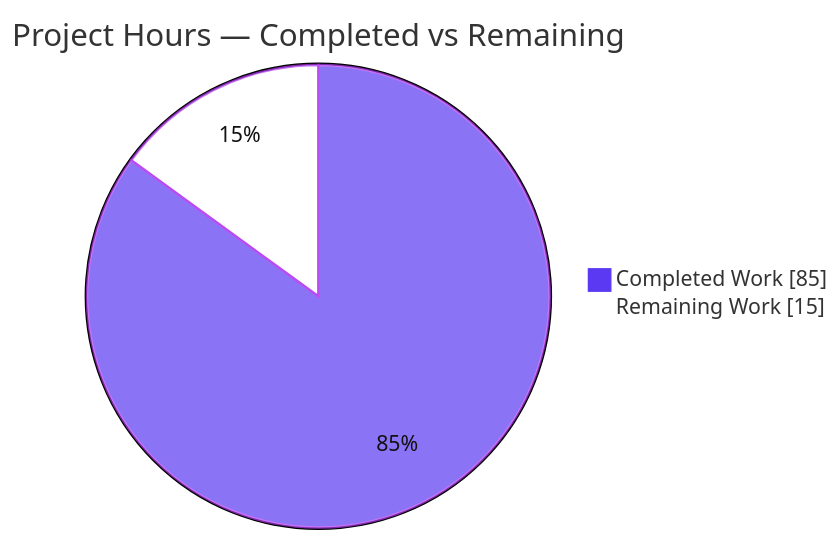
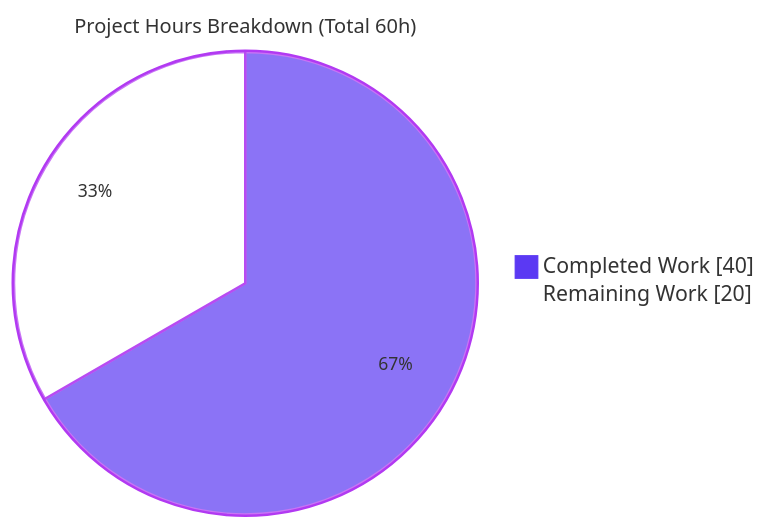
Before and after one commit to blitzy-public-samples/blitzy-WebVella-ERP: the second of 3 diagrams in blitzy/documentation/Project Guide.md, drawn with Mermaid. The commit also changed other lines of this file, not shown here.

Commit message:
Adding Blitzy Project Guide: Project Status and Human Tasks Remaining

````diff
--- a/blitzy/documentation/Project Guide.md
+++ b/blitzy/documentation/Project Guide.md
@@ -216,6 +181,7 @@
 ```mermaid
-%%{init: {'theme':'base', 'themeVariables':{'pie1':'#5B39F3','pie2':'#FFFFFF','pieStrokeColor':'#B23AF2','pieStrokeWidth':'2px','pieOuterStrokeWidth':'2px','pieSectionTextColor':'#111111'}}}%%
-pie showData title Project Hours — Completed vs Remaining
-    "Completed Work" : 85
-    "Remaining Work" : 15
+%%{init: {'theme':'base','themeVariables':{'pie1':'#5B39F3','pie2':'#FFFFFF','pieStrokeColor':'#B23AF2','pieStrokeWidth':'2px','pieOuterStrokeColor':'#B23AF2','pieOuterStrokeWidth':'2px','pieTitleTextSize':'16px','pieSectionTextSize':'14px'}}}%%
+pie showData
+    title Project Hours Breakdown (Total 60h)
+    "Completed Work" : 40
+    "Remaining Work" : 20
 ```
````
